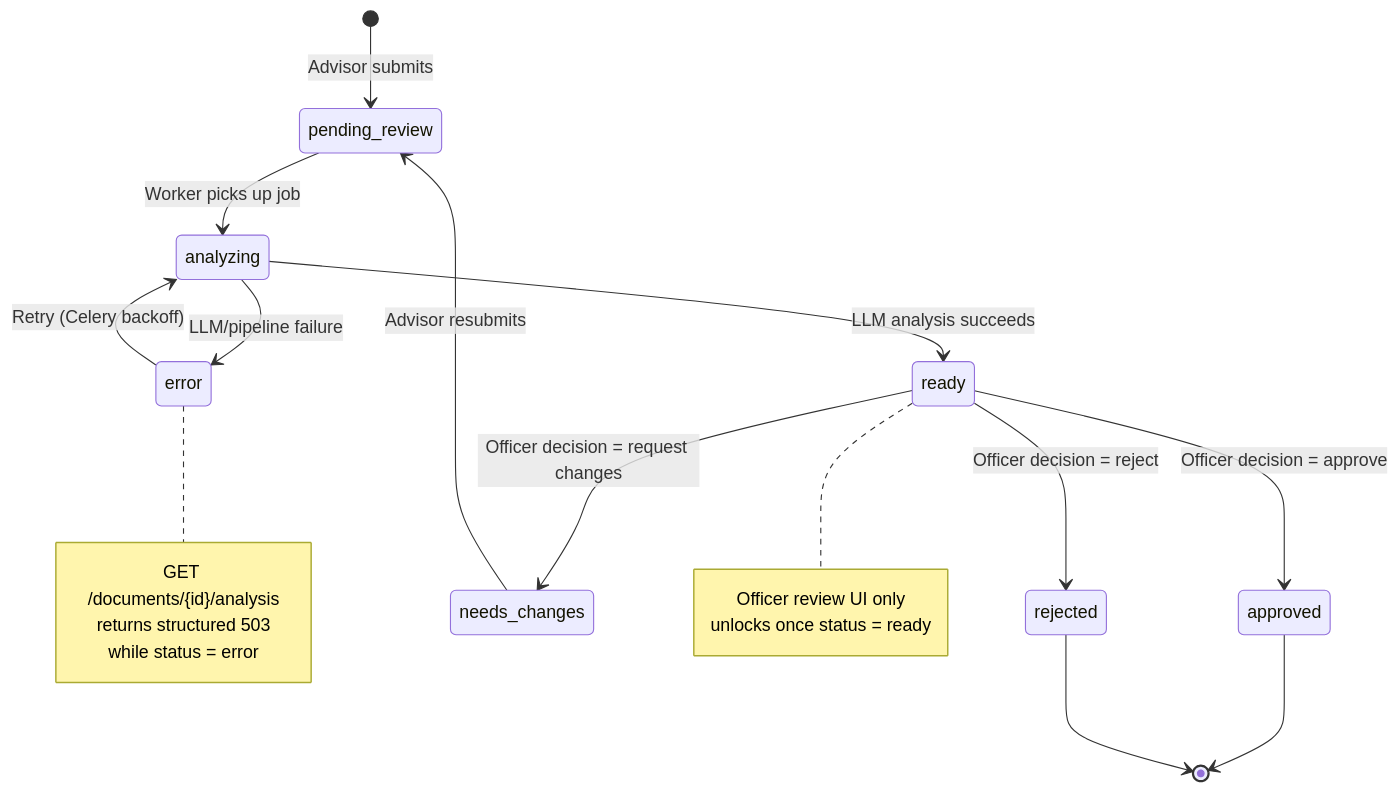
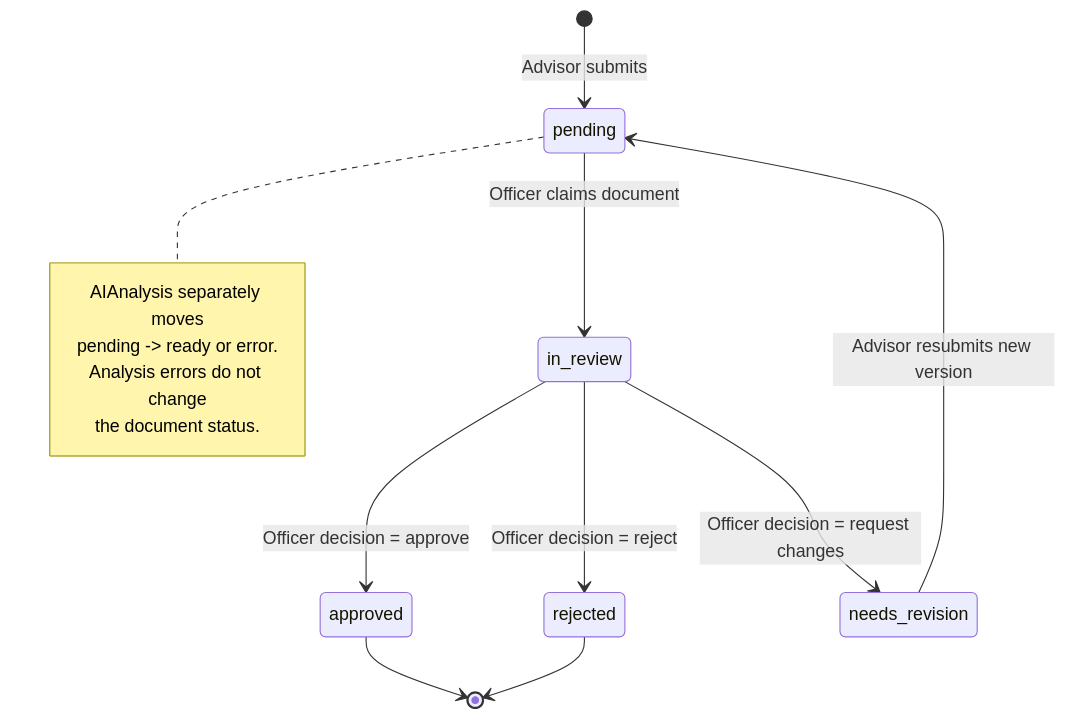
The fourth of 4 diagrams in docs/architecture.md (Glynac-Team1/Compliance-Document-Review-App), drawn with Mermaid before and after one commit. The commit also changed other lines of this file and 5 other files, not shown here.

First line of the commit message:
docs: update technical docs to reflect current stack and architecture

````diff
--- a/docs/architecture.md
+++ b/docs/architecture.md
@@ -245,30 +245,21 @@
 ```mermaid
 stateDiagram-v2
-    [*] --> pending_review: Advisor submits
+    [*] --> pending: Advisor submits
 
-    pending_review --> analyzing: Worker picks up job
-    analyzing --> ready: LLM analysis succeeds
-    analyzing --> error: LLM/pipeline failure
+    pending --> in_review: Officer claims document
+    in_review --> approved: Officer decision = approve
+    in_review --> rejected: Officer decision = reject
+    in_review --> needs_revision: Officer decision = request changes
 
-    error --> analyzing: Retry (Celery backoff)
-
-    ready --> approved: Officer decision = approve
-    ready --> rejected: Officer decision = reject
-    ready --> needs_changes: Officer decision = request changes
-
-    needs_changes --> pending_review: Advisor resubmits
+    needs_revision --> pending: Advisor resubmits new version
 
     approved --> [*]
     rejected --> [*]
 
-    note right of error
-        GET /documents/{id}/analysis
-        returns structured 503
-        while status = error
-    end note
-
-    note right of ready
-        Officer review UI only
-        unlocks once status = ready
+    note right of pending
+        AIAnalysis separately moves
+        pending -> ready or error.
+        Analysis errors do not change
+        the document status.
     end note
 ```
````
